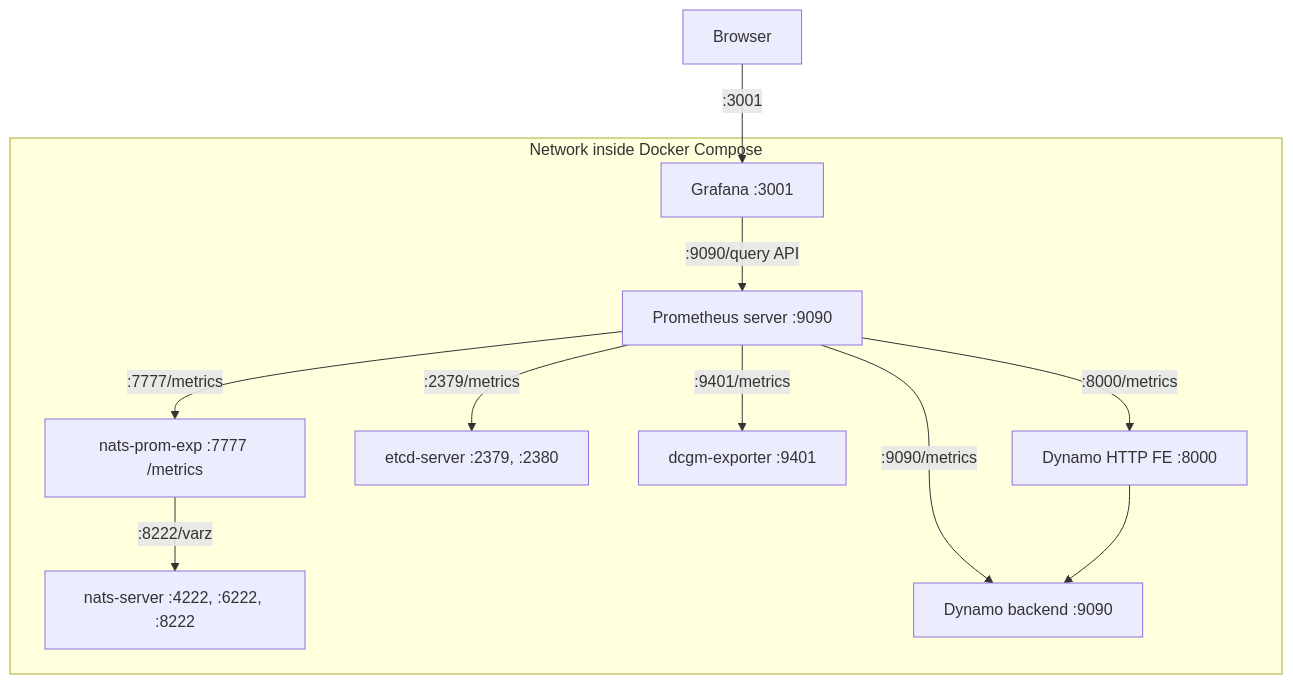
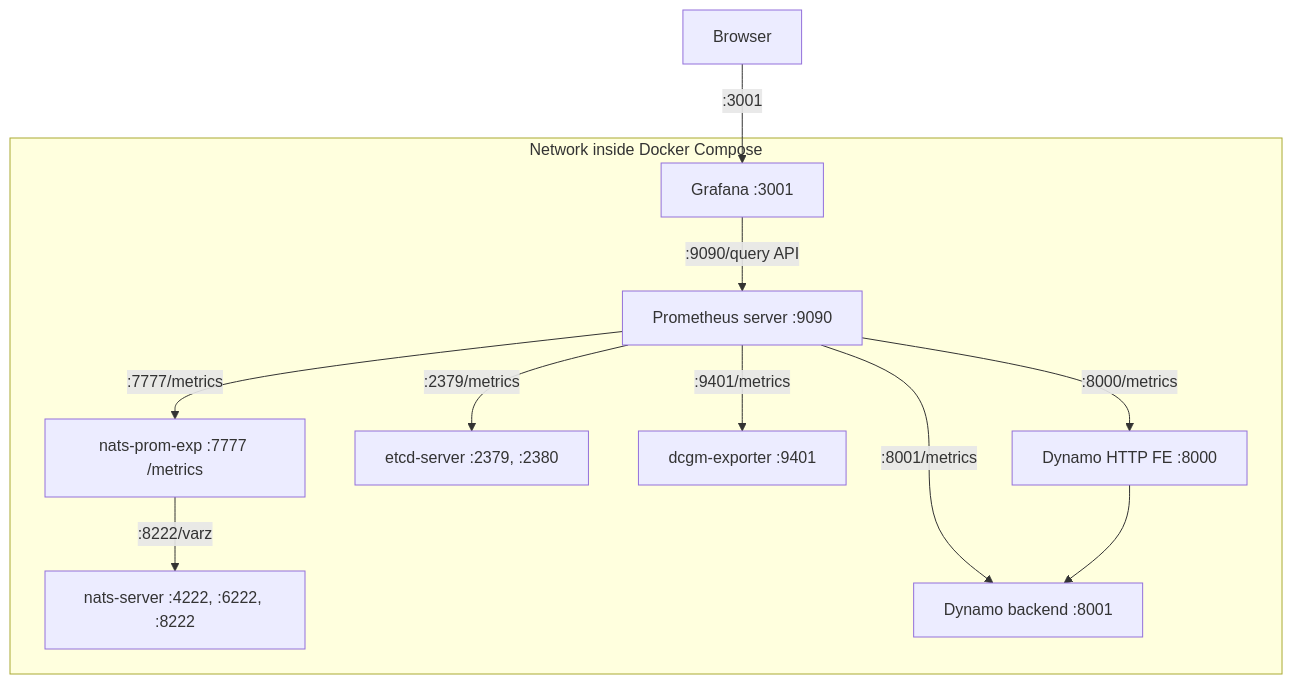
One commit to luckymrwang/dynamo changed the diagram in deploy/metrics/README.md. Above: the diagram before and after it, drawn with Mermaid. The commit also changed 2 other files, not shown here.

Commit message:
fix: port collision

````diff
--- a/deploy/metrics/README.md
+++ b/deploy/metrics/README.md
@@ -18,14 +18,14 @@
 ```mermaid
 graph TD
     BROWSER[Browser] -->|:3001| GRAFANA[Grafana :3001]
     subgraph DockerComposeNetwork [Network inside Docker Compose]
         NATS_PROM_EXP[nats-prom-exp :7777 /metrics] -->|:8222/varz| NATS_SERVER[nats-server :4222, :6222, :8222]
         PROMETHEUS[Prometheus server :9090] -->|:2379/metrics| ETCD_SERVER[etcd-server :2379, :2380]
         PROMETHEUS -->|:9401/metrics| DCGM_EXPORTER[dcgm-exporter :9401]
         PROMETHEUS -->|:7777/metrics| NATS_PROM_EXP
         PROMETHEUS -->|:8000/metrics| DYNAMOFE[Dynamo HTTP FE :8000]
-        PROMETHEUS -->|:9090/metrics| DYNAMOBACKEND[Dynamo backend :9090]
+        PROMETHEUS -->|:8001/metrics| DYNAMOBACKEND[Dynamo backend :8001]
         DYNAMOFE --> DYNAMOBACKEND
         GRAFANA -->|:9090/query API| PROMETHEUS
     end
 ```
````
